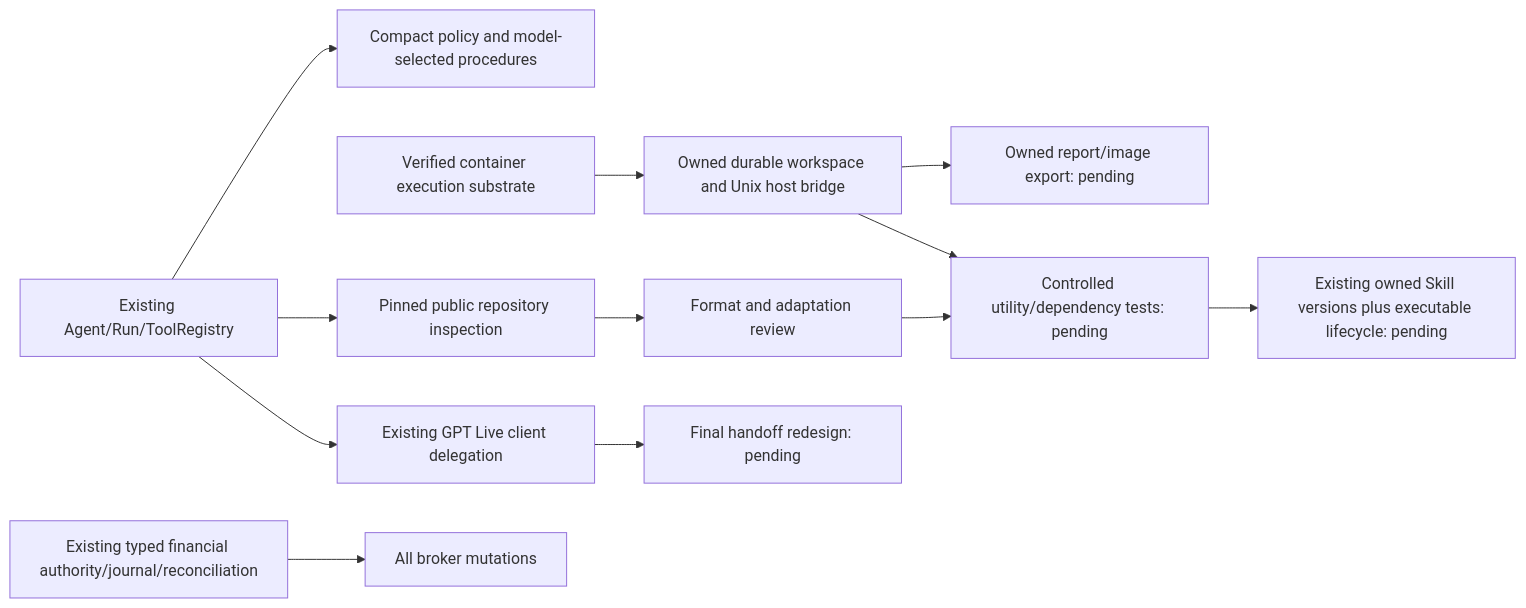
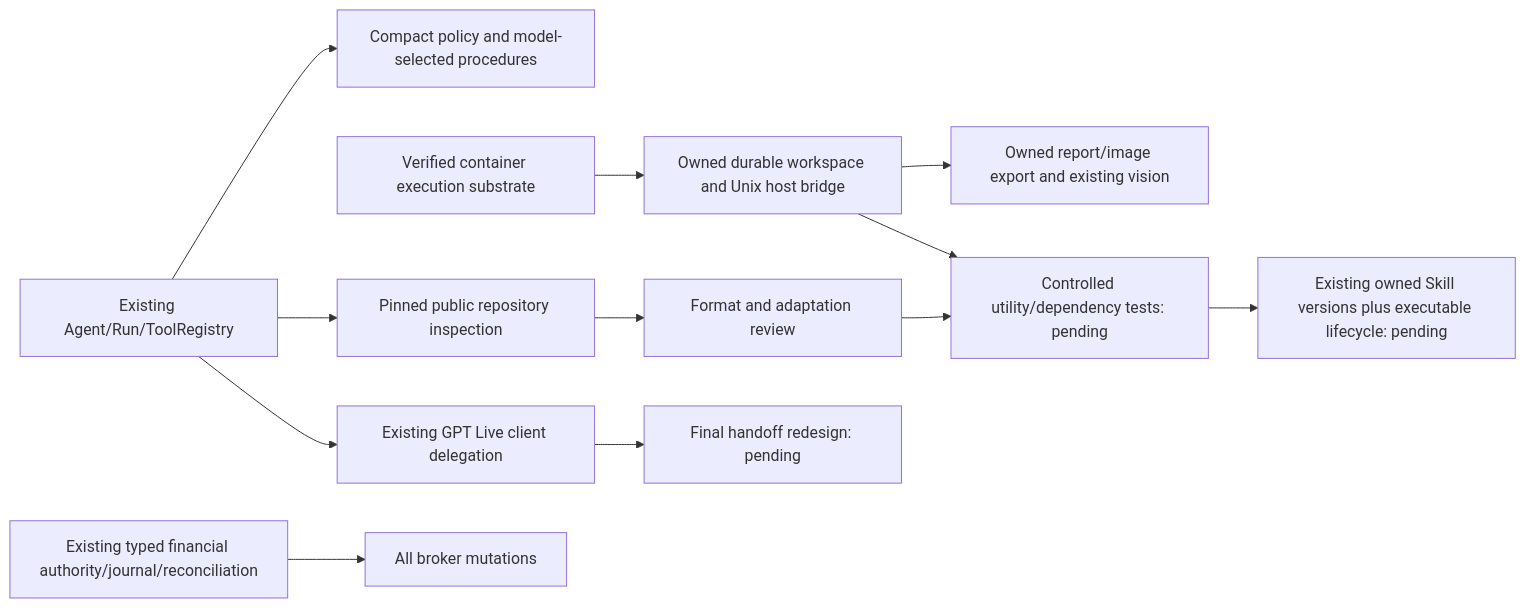
One commit to loorksy/lonorabot changed the first of 3 diagrams in docs/lonora-specs/DEPENDENCY_GRAPH.md. Above: the diagram before and after it, drawn with Mermaid. The commit also changed 15 other files, not shown here.

````diff
--- a/docs/lonora-specs/DEPENDENCY_GRAPH.md
+++ b/docs/lonora-specs/DEPENDENCY_GRAPH.md
@@ -5,14 +5,14 @@
 ```mermaid
 flowchart LR
   Runtime[Existing Agent/Run/ToolRegistry] --> Compact[Compact policy and model-selected procedures]
   Runtime --> Inspect[Pinned public repository inspection]
   Inspect --> Review[Format and adaptation review]
   Sandbox[Verified container execution substrate] --> Bridge[Owned durable workspace and Unix host bridge]
-  Bridge --> Artifacts[Owned report/image export: pending]
+  Bridge --> Artifacts[Owned report/image export and existing vision]
   Bridge --> Test[Controlled utility/dependency tests: pending]
   Review --> Test
   Test --> Lifecycle[Existing owned Skill versions plus executable lifecycle: pending]
   Runtime --> Voice[Existing GPT Live client delegation]
   Voice --> Handoff[Final handoff redesign: pending]
   Authority[Existing typed financial authority/journal/reconciliation] --> Trading[All broker mutations]
 ```
````
